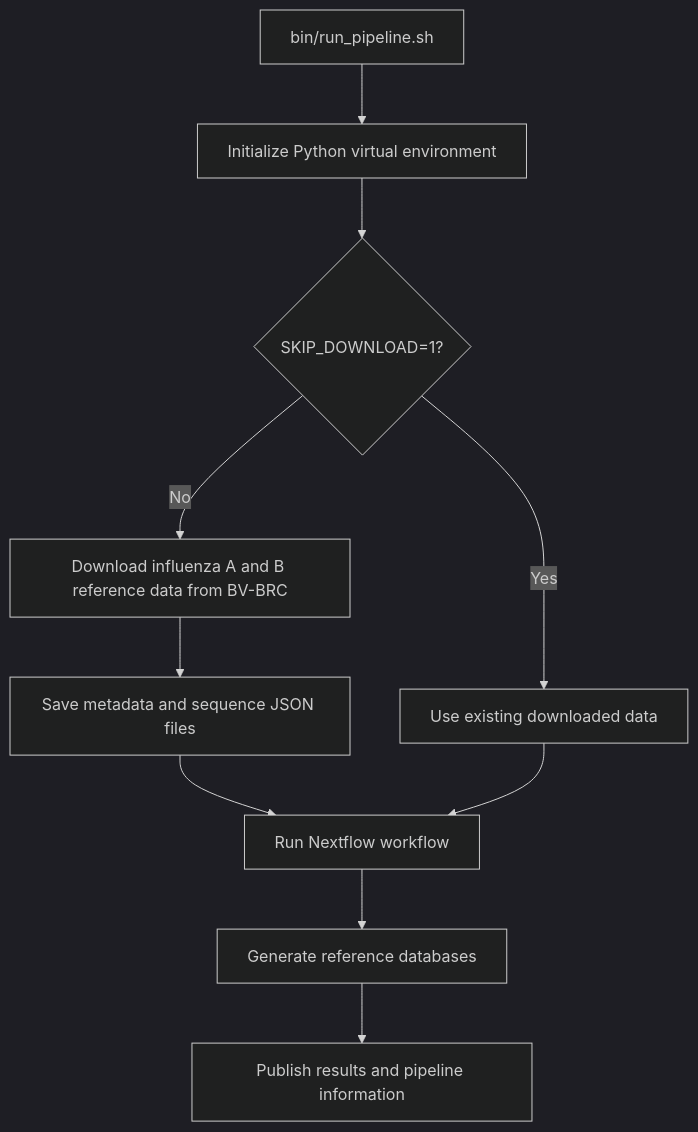
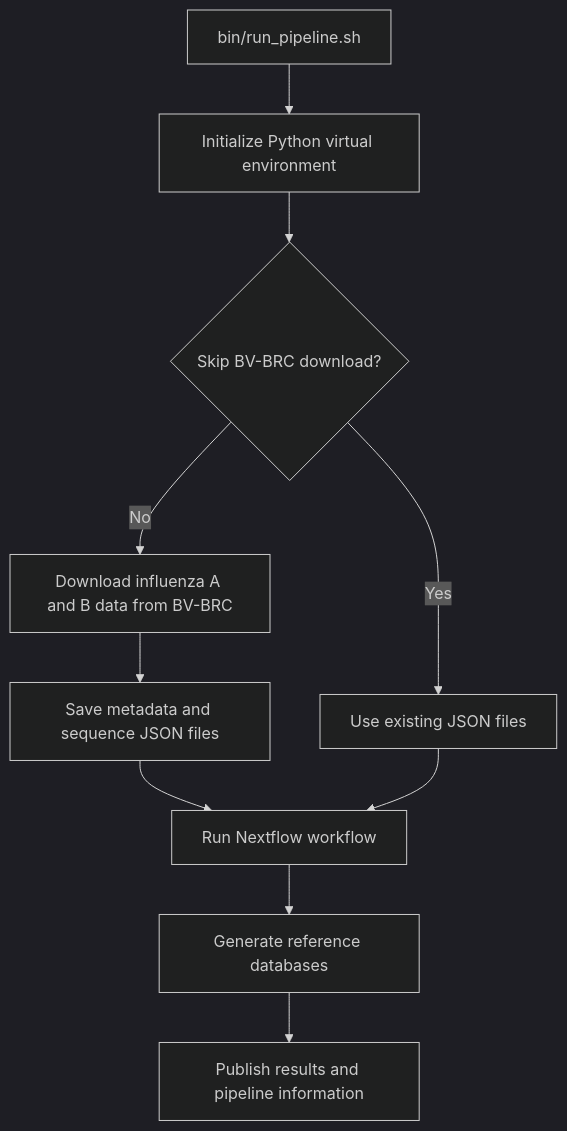
The first of 2 diagrams in README.md (xiaoli-dong/fluab-reference-db), drawn with Mermaid (dark theme) before and after one commit. The commit also changed other lines of this file, not shown here.

````diff
--- a/README.md
+++ b/README.md
@@ -25,16 +27,15 @@
 ```mermaid
-%%{init: {"flowchart": {"wrappingWidth": 280, "nodeSpacing": 50, "rankSpacing": 60}}}%%
-flowchart TD
+flowchart TB
     A["bin/run_pipeline.sh"] --> B["Initialize Python virtual environment"]
-    B --> C{"SKIP_DOWNLOAD=1?"}
+    B --> C{"Skip BV-BRC download?"}
 
-    C -->|No| D["Download influenza A and B reference data from BV-BRC"]
-    C -->|Yes| F["Use existing downloaded data"]
+    C -->|No| D["Download influenza A and B data from BV-BRC"]
+    C -->|Yes| E["Use existing JSON files"]
 
-    D --> E["Save metadata and sequence JSON files"]
-    E --> G["Run Nextflow workflow"]
-    F --> G
+    D --> F["Save metadata and sequence JSON files"]
+    F --> G["Run Nextflow workflow"]
+    E --> G
 
     G --> H["Generate reference databases"]
     H --> I["Publish results and pipeline information"]
 ```
````
